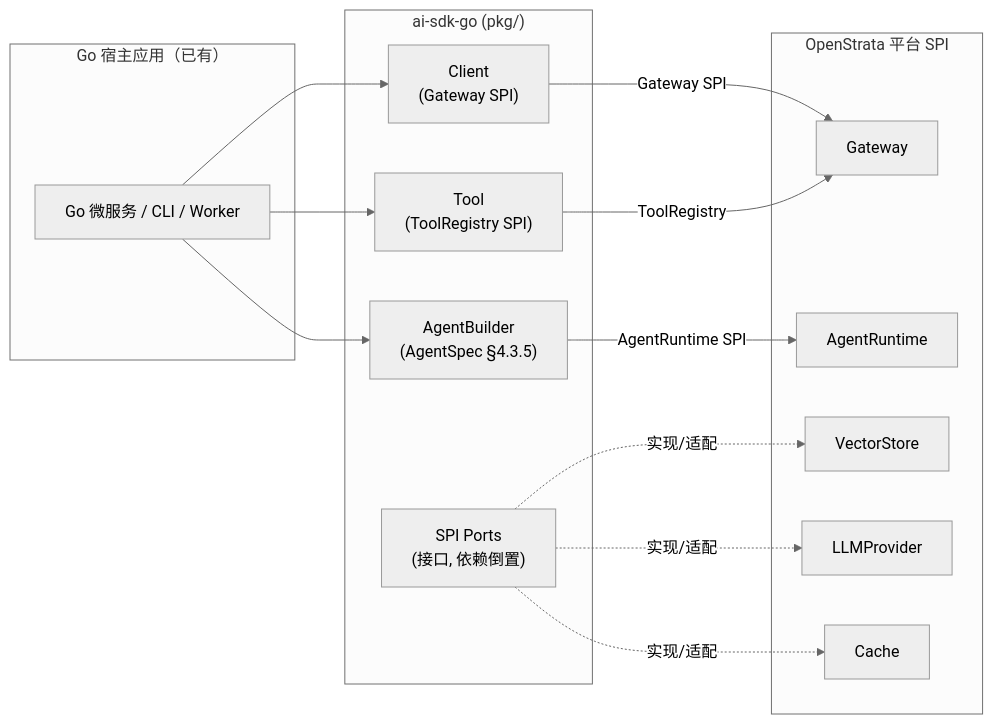
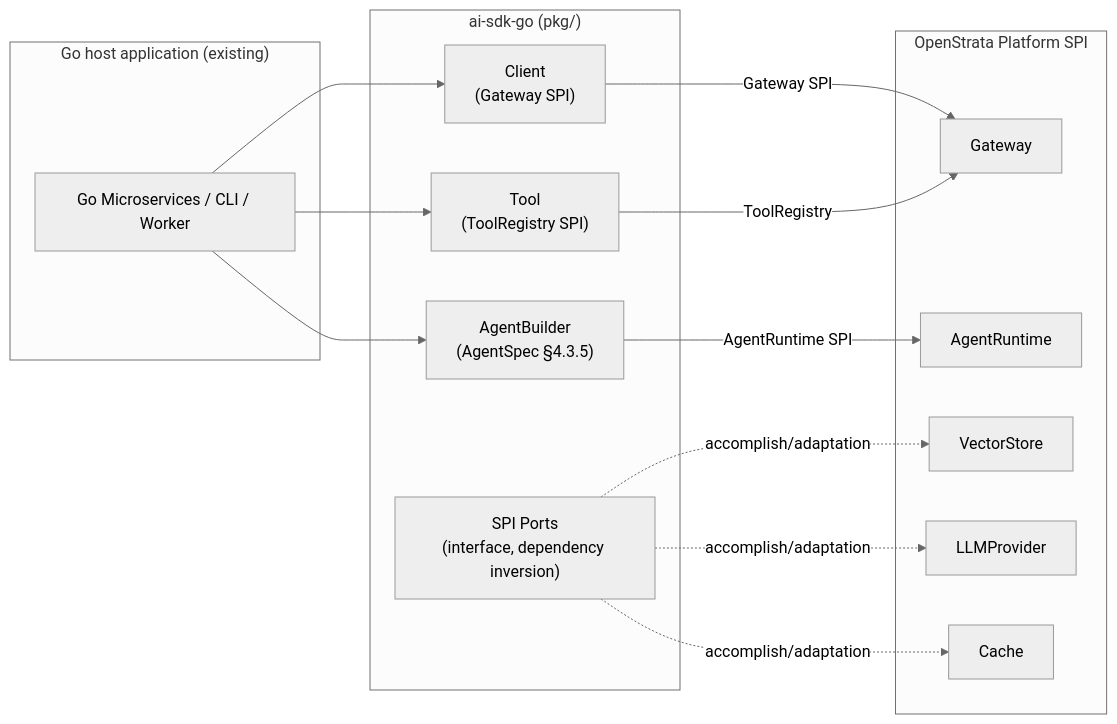
One commit to open-strata-ai/ai-sdk-go changed the first of 4 diagrams in design/DESIGN.md. Above: the diagram before and after it, drawn with Mermaid (neutral theme). The commit also changed other lines of this file and 10 other files, not shown here.

````diff
--- a/design/DESIGN.md
+++ b/design/DESIGN.md
@@ -31,24 +31,24 @@
 ```mermaid
 graph LR
-    subgraph "Go 宿主应用（已有）"
-        APP["Go 微服务 / CLI / Worker"]
+    subgraph "Go host application (existing)"
+        APP["Go Microservices / CLI / Worker"]
     end
     subgraph "ai-sdk-go (pkg/)"
         CL["Client<br/>(Gateway SPI)"]
         AG["AgentBuilder<br/>(AgentSpec §4.3.5)"]
         TL["Tool<br/>(ToolRegistry SPI)"]
-        SP["SPI Ports<br/>(接口, 依赖倒置)"]
+        SP["SPI Ports<br/>(interface, dependency inversion)"]
     end
-    subgraph "OpenStrata 平台 SPI"
+    subgraph "OpenStrata Platform SPI"
         GW["Gateway"]
         RT["AgentRuntime"]
         VS["VectorStore"]
         LP["LLMProvider"]
         CA["Cache"]
     end
     APP --> CL & AG & TL
     CL -->|Gateway SPI| GW
     AG -->|AgentRuntime SPI| RT
     TL -->|ToolRegistry| GW
-    SP -.实现/适配.-> VS & LP & CA
+    SP -.accomplish/adaptation.-> VS & LP & CA
 ```
````
